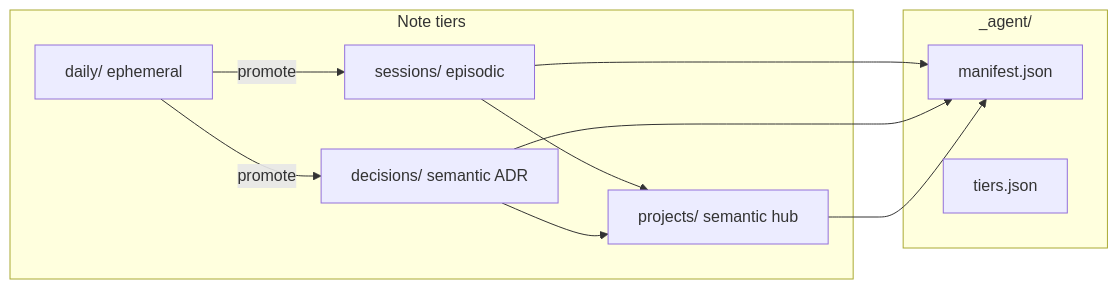
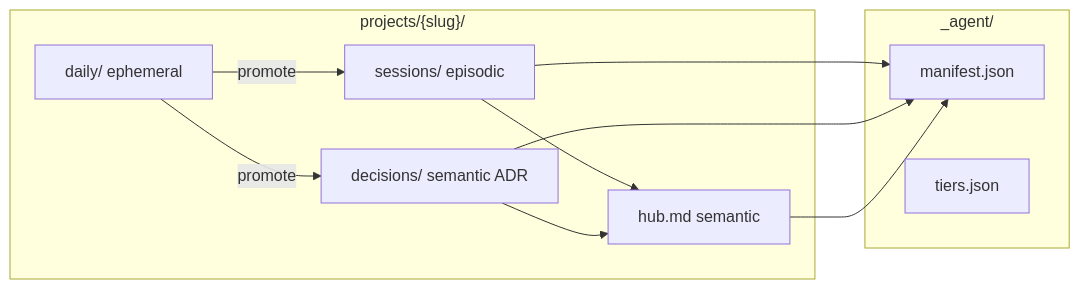
Before and after one commit to kornthiwars/SKILLS-AI: the second of 2 diagrams in ARCHITECTURE.md, drawn with Mermaid. The commit also changed other lines of this file and 37 other files, not shown here.

````diff
--- a/ARCHITECTURE.md
+++ b/ARCHITECTURE.md
@@ -143,20 +153,20 @@
 ```mermaid
 flowchart LR
-  subgraph tiers["Note tiers"]
+  subgraph proj["projects/{slug}/"]
     D[daily/ ephemeral]
     S[sessions/ episodic]
     DEC[decisions/ semantic ADR]
-    P[projects/ semantic hub]
+    H[hub.md semantic]
   end
   subgraph agent["_agent/"]
     M[manifest.json]
     T[tiers.json]
   end
   D -->|promote| S
   D -->|promote| DEC
-  S --> P
-  DEC --> P
+  S --> H
+  DEC --> H
   S --> M
   DEC --> M
-  P --> M
+  H --> M
 ```
````
